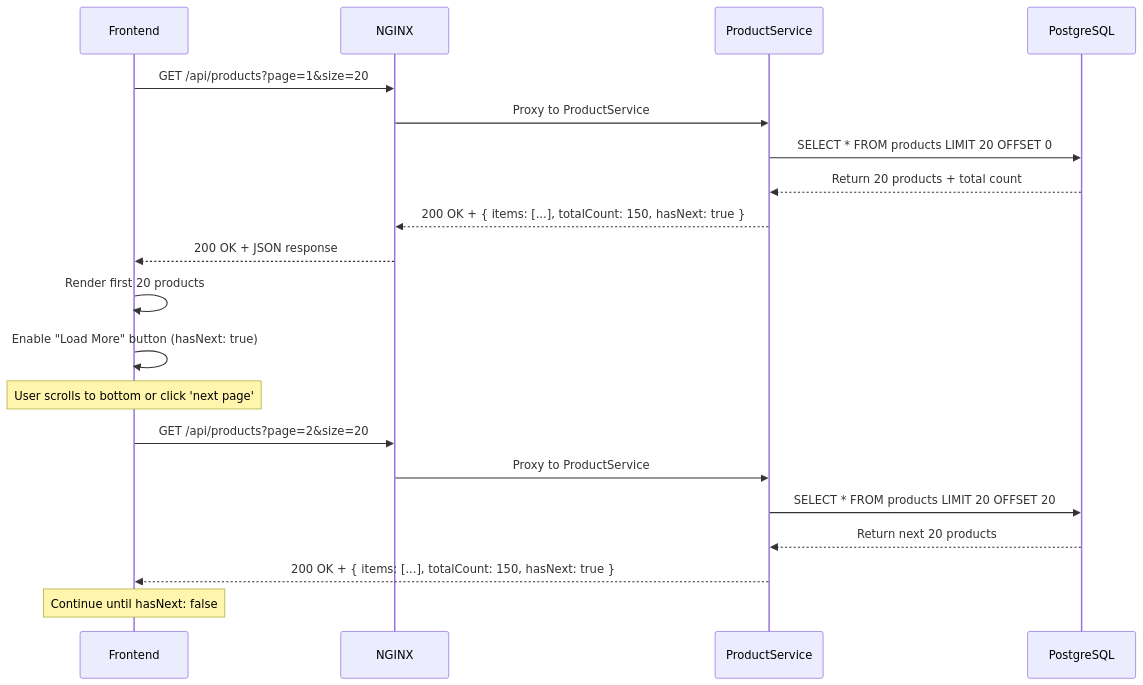
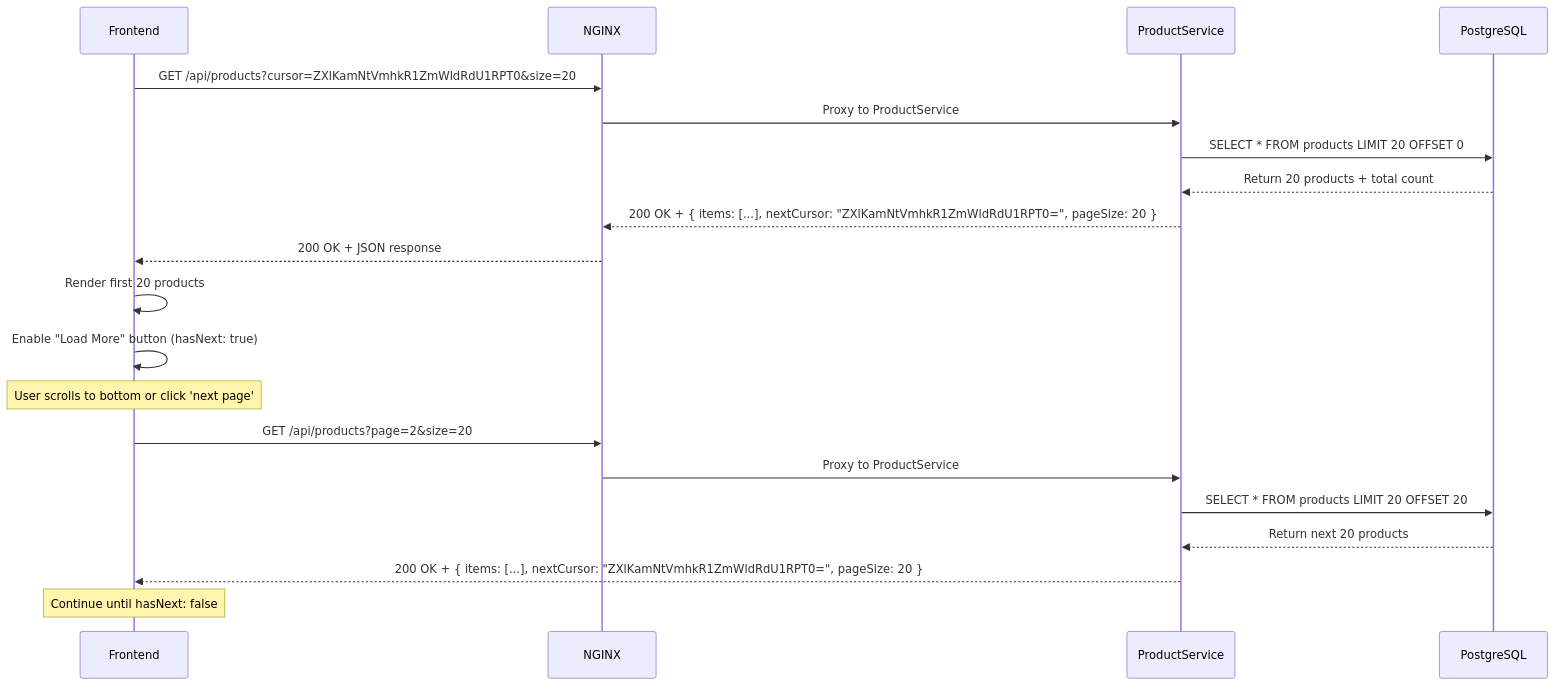
One commit to Goluboy/OzonMarketplace changed the diagram in docs/Sequence diagrams/Get Products.md. Above: the diagram before and after it, drawn with Mermaid.

Commit message:
Изменил модели ответа/запроса в соответствии с курсорной пагинацией

````diff
--- a/docs/Sequence diagrams/Get Products.md
+++ b/docs/Sequence diagrams/Get Products.md
@@ -1,29 +1,29 @@
 ``` mermaid
 sequenceDiagram
     participant Frontend
     participant NGINX
     participant ProductService
     participant PostgreSQL
 
-    Frontend->>NGINX: GET /api/products?page=1&size=20
+    Frontend->>NGINX: GET /api/products?cursor=ZXlKamNtVmhkR1ZmWldRdU1RPT0&size=20
     NGINX->>ProductService: Proxy to ProductService
     
     ProductService->>PostgreSQL: SELECT * FROM products LIMIT 20 OFFSET 0
     PostgreSQL-->>ProductService: Return 20 products + total count
-    ProductService-->>NGINX: 200 OK + { items: [...], totalCount: 150, hasNext: true }
+    ProductService-->>NGINX: 200 OK + { items: [...], nextCursor: "ZXlKamNtVmhkR1ZmWldRdU1RPT0=", pageSize: 20 }
     NGINX-->>Frontend: 200 OK + JSON response
     
     Frontend->>Frontend: Render first 20 products
     Frontend->>Frontend: Enable "Load More" button (hasNext: true)
     
     Note over Frontend: User scrolls to bottom or click 'next page'
     
     Frontend->>NGINX: GET /api/products?page=2&size=20
     NGINX->>ProductService: Proxy to ProductService
     ProductService->>PostgreSQL: SELECT * FROM products LIMIT 20 OFFSET 20
     PostgreSQL-->>ProductService: Return next 20 products
-    ProductService-->>Frontend: 200 OK + { items: [...], totalCount: 150, hasNext: true }
+    ProductService-->>Frontend: 200 OK + { items: [...], nextCursor: "ZXlKamNtVmhkR1ZmWldRdU1RPT0=", pageSize: 20 }
     
     Note over Frontend: Continue until hasNext: false
     
 ```
````
